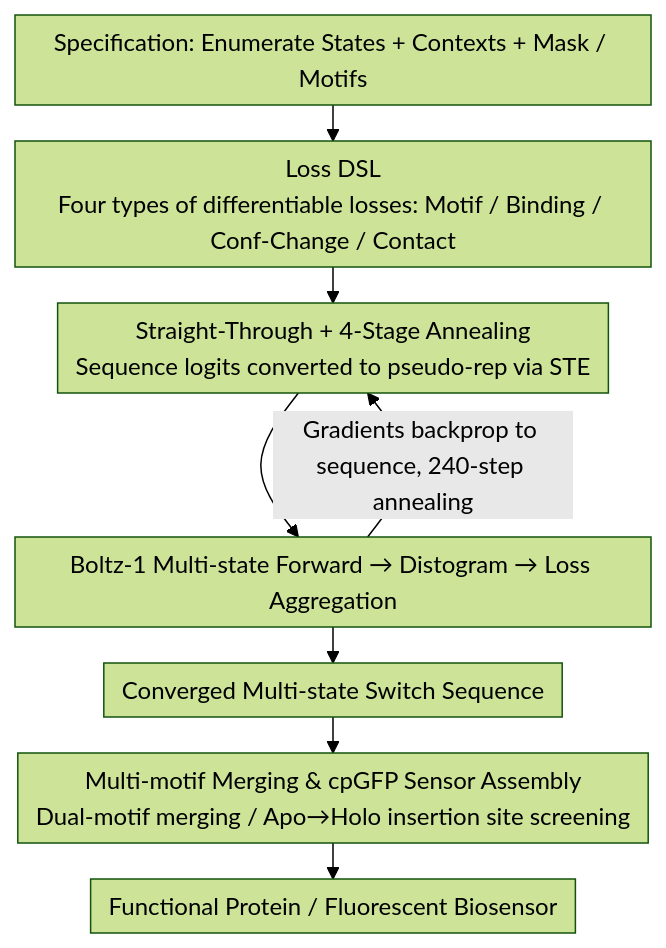
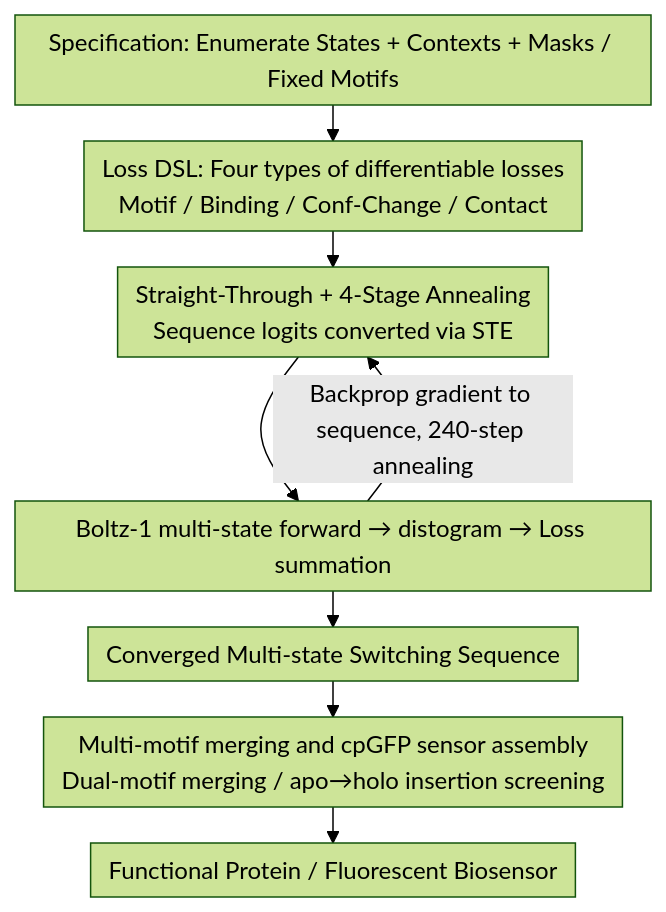
One commit to zhaoyang97/Paper-Notes-en changed the diagram in docs/ICML2026/computational_biology/switchcraft_a_programmatic_framework_for_designing_state-switching_proteins.md. Above: the diagram before and after it, drawn with Mermaid (forest theme). The commit also changed other lines of this file and 5084 other files, not shown here.

````diff
--- a/docs/ICML2026/computational_biology/switchcraft_a_programmatic_framework_for_designing_state-switching_proteins.md
+++ b/docs/ICML2026/computational_biology/switchcraft_a_programmatic_framework_for_designing_state-switching_proteins.md
@@ -43,11 +43,11 @@
 ```mermaid
 %%{init: {'flowchart': {'rankSpacing': 24, 'nodeSpacing': 28, 'padding': 6, 'wrappingWidth': 400}}}%%
 flowchart TD
-    A["Specification: Enumerate States + Contexts + Mask / Motifs"] --> B
-    B["Loss DSL<br/>Four types of differentiable losses: Motif / Binding / Conf-Change / Contact"] --> C
-    C["Straight-Through + 4-Stage Annealing<br/>Sequence logits converted to pseudo-rep via STE"] --> D
-    D["Boltz-1 Multi-state Forward → Distogram → Loss Aggregation"] -->|"Gradients backprop to sequence, 240-step annealing"| C
-    D --> E["Converged Multi-state Switch Sequence"]
-    E --> F["Multi-motif Merging & cpGFP Sensor Assembly<br/>Dual-motif merging / Apo→Holo insertion site screening"]
+    A["Specification: Enumerate States + Contexts + Masks / Fixed Motifs"] --> B
+    B["Loss DSL: Four types of differentiable losses<br/>Motif / Binding / Conf-Change / Contact"] --> C
+    C["Straight-Through + 4-Stage Annealing<br/>Sequence logits converted via STE"] --> D
+    D["Boltz-1 multi-state forward → distogram → Loss summation"] -->|"Backprop gradient to sequence, 240-step annealing"| C
+    D --> E["Converged Multi-state Switching Sequence"]
+    E --> F["Multi-motif merging and cpGFP sensor assembly<br/>Dual-motif merging / apo→holo insertion screening"]
     F --> G["Functional Protein / Fluorescent Biosensor"]
 ```
````
